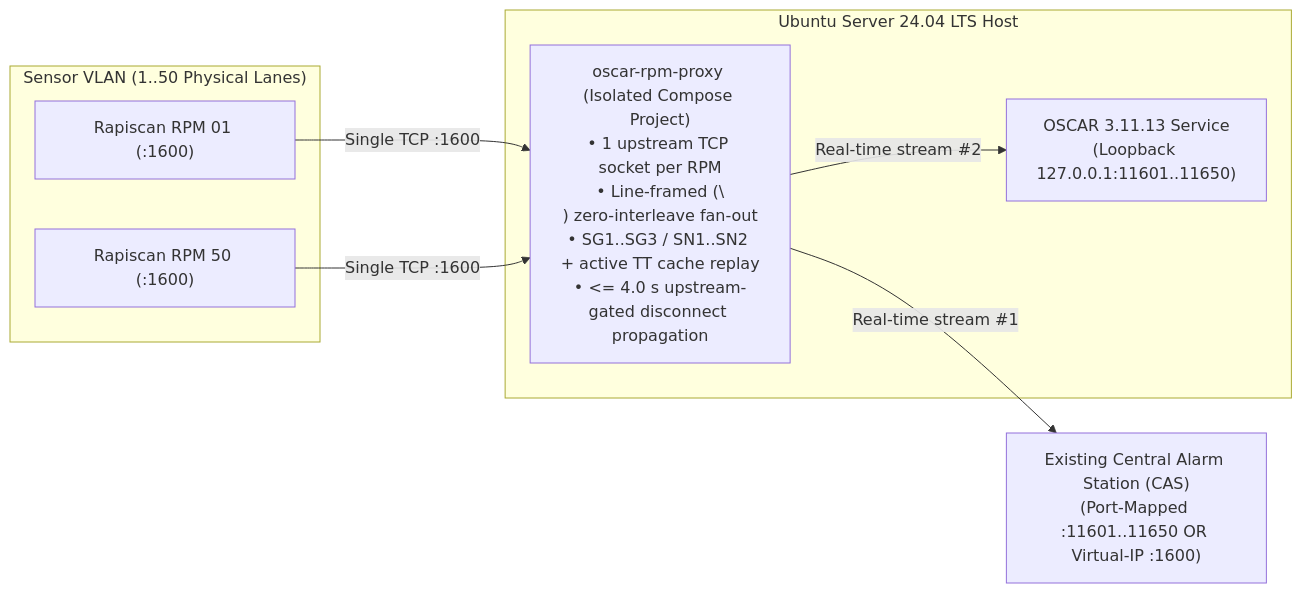
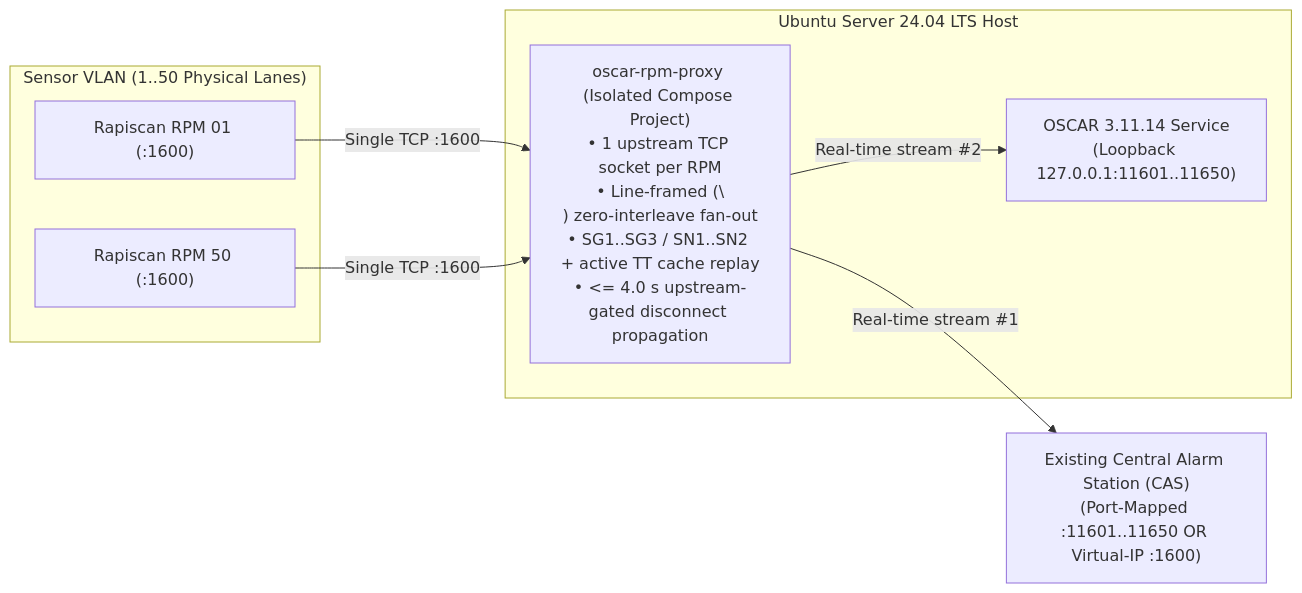
Before and after one commit to ORNL/oscar: the diagram in docs/RPM_EDGE_PROXY_GUIDE.md, drawn with Mermaid. The commit also changed other lines of this file and 35 other files, not shown here.

````diff
--- a/docs/RPM_EDGE_PROXY_GUIDE.md
+++ b/docs/RPM_EDGE_PROXY_GUIDE.md
@@ -13,19 +13,19 @@
 ```mermaid
 flowchart LR
     subgraph SensorVLAN["Sensor VLAN (1..50 Physical Lanes)"]
         RPM1["Rapiscan RPM 01 (:1600)"]
         RPM50["Rapiscan RPM 50 (:1600)"]
     end
 
     subgraph OscarHost["Ubuntu Server 24.04 LTS Host"]
         Proxy["oscar-rpm-proxy (Isolated Compose Project)\n• 1 upstream TCP socket per RPM\n• Line-framed (\\n) zero-interleave fan-out\n• SG1..SG3 / SN1..SN2 + active TT cache replay\n• <= 4.0 s upstream-gated disconnect propagation"]
-        OSCAR["OSCAR 3.11.13 Service\n(Loopback 127.0.0.1:11601..11650)"]
+        OSCAR["OSCAR 3.11.14 Service\n(Loopback 127.0.0.1:11601..11650)"]
     end
 
     CAS["Existing Central Alarm Station (CAS)\n(Port-Mapped :11601..11650 OR Virtual-IP :1600)"]
 
     RPM1 -->|"Single TCP :1600"| Proxy
     RPM50 -->|"Single TCP :1600"| Proxy
     Proxy -->|"Real-time stream #1"| CAS
     Proxy -->|"Real-time stream #2"| OSCAR
 ```
````
